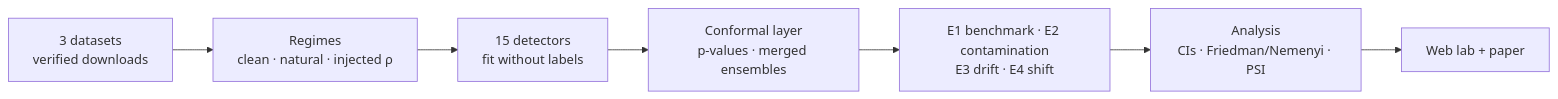
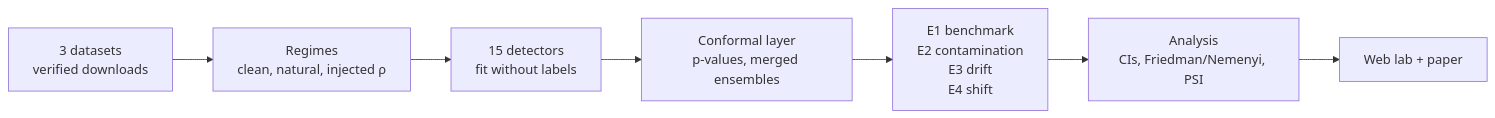
The diagram in README.md (fragompul/unsupervised-anomaly-network-intrusion), drawn with Mermaid before and after one commit. The commit also changed other lines of this file and 16 other files, not shown here.

````diff
--- a/README.md
+++ b/README.md
@@ -87,9 +100,9 @@
 ```mermaid
 flowchart LR
-    D[3 datasets<br/>verified downloads] --> R[Regimes<br/>clean · natural · injected ρ]
-    R --> Z[15 detectors<br/>fit without labels]
-    Z --> C[Conformal layer<br/>p-values · merged ensembles]
-    C --> E[E1 benchmark · E2 contamination<br/>E3 drift · E4 shift]
-    E --> A[Analysis<br/>CIs · Friedman/Nemenyi · PSI]
-    A --> UI[Web lab + paper]
+    D["3 datasets<br/>verified downloads"] --> R["Regimes<br/>clean, natural, injected ρ"]
+    R --> Z["15 detectors<br/>fit without labels"]
+    Z --> C["Conformal layer<br/>p-values, merged ensembles"]
+    C --> E["E1 benchmark<br/>E2 contamination<br/>E3 drift<br/>E4 shift"]
+    E --> A["Analysis<br/>CIs, Friedman/Nemenyi, PSI"]
+    A --> UI["Web lab + paper"]
 ```
````
